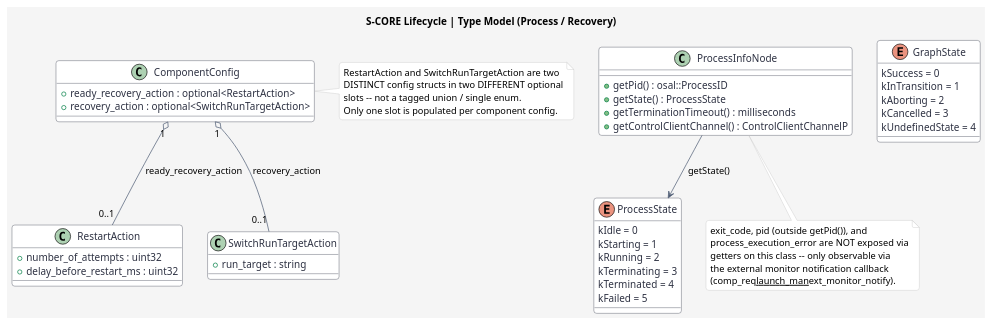
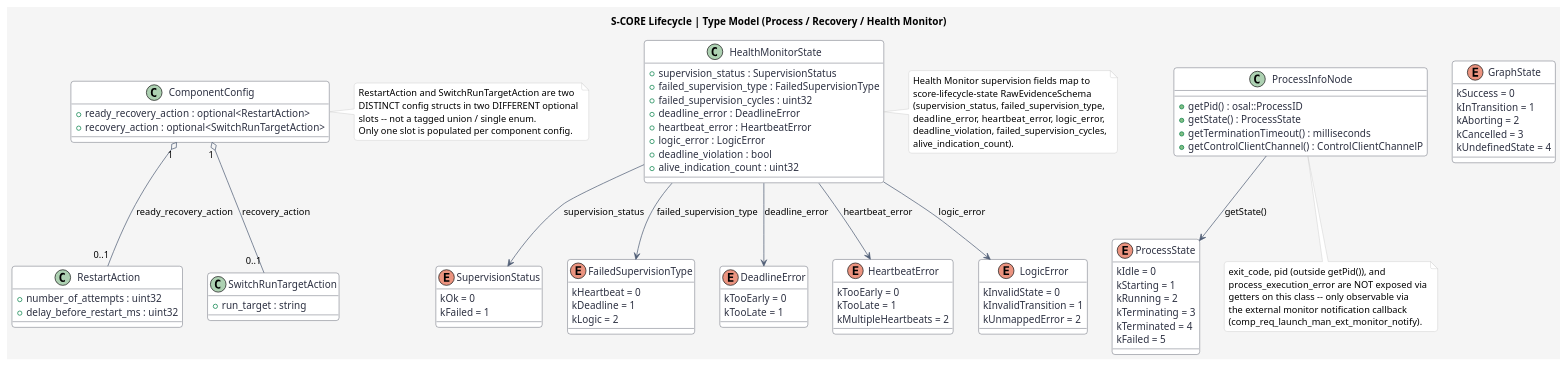
The diagram in docs/features/diagrams/lifecycle/Lifecycle_type_model.puml (akshayg0314/vel), drawn with PlantUML before and after one commit. The commit also changed 5 other files, not shown here.

First line of the commit message:
docs(diagrams): extend lifecycle diagrams with Health Monitor supervision fields

```diff
--- a/docs/features/diagrams/lifecycle/Lifecycle_type_model.puml
+++ b/docs/features/diagrams/lifecycle/Lifecycle_type_model.puml
@@ -1,70 +1,123 @@
 @startuml
-title S-CORE Lifecycle | Type Model (Process / Recovery)
+title S-CORE Lifecycle | Type Model (Process / Recovery / Health Monitor)
 skinparam backgroundColor #F5F5F5
 skinparam shadowing false
 skinparam roundCorner 8
 skinparam ArrowColor #4F5D75
 skinparam classBorderColor #2D3142
 skinparam classBackgroundColor #FFFFFF
 skinparam classFontColor #2D3142
 skinparam classAttributeFontColor #2D3142
 skinparam noteBackgroundColor #FFFFFF
 skinparam noteBorderColor #BFC0C0
 
 enum ProcessState {
   kIdle = 0
   kStarting = 1
   kRunning = 2
   kTerminating = 3
   kTerminated = 4
   kFailed = 5
 }
 
 enum GraphState {
   kSuccess = 0
   kInTransition = 1
   kAborting = 2
   kCancelled = 3
   kUndefinedState = 4
 }
 
+enum SupervisionStatus {
+  kOk = 0
+  kFailed = 1
+}
+
+enum FailedSupervisionType {
+  kHeartbeat = 0
+  kDeadline = 1
+  kLogic = 2
+}
+
+enum DeadlineError {
+  kTooEarly = 0
+  kTooLate = 1
+}
+
+enum HeartbeatError {
+  kTooEarly = 0
+  kTooLate = 1
+  kMultipleHeartbeats = 2
+}
+
+enum LogicError {
+  kInvalidState = 0
+  kInvalidTransition = 1
+  kUnmappedError = 2
+}
+
+class HealthMonitorState {
+  +supervision_status : SupervisionStatus
+  +failed_supervision_type : FailedSupervisionType
+  +failed_supervision_cycles : uint32
+  +deadline_error : DeadlineError
+  +heartbeat_error : HeartbeatError
+  +logic_error : LogicError
+  +deadline_violation : bool
+  +alive_indication_count : uint32
+}
+
 class ProcessInfoNode {
   +getPid() : osal::ProcessID
   +getState() : ProcessState
   +getTerminationTimeout() : milliseconds
   +getControlClientChannel() : ControlClientChannelP
 }
 
 class RestartAction {
   +number_of_attempts : uint32
   +delay_before_restart_ms : uint32
 }
 
 class SwitchRunTargetAction {
   +run_target : string
 }
 
 class ComponentConfig {
   +ready_recovery_action : optional<RestartAction>
   +recovery_action : optional<SwitchRunTargetAction>
 }
 
 ProcessInfoNode --> ProcessState : getState()
+HealthMonitorState --> SupervisionStatus : supervision_status
+HealthMonitorState --> FailedSupervisionType : failed_supervision_type
+HealthMonitorState --> DeadlineError : deadline_error
+HealthMonitorState --> HeartbeatError : heartbeat_error
+HealthMonitorState --> LogicError : logic_error
 ComponentConfig "1" o-- "0..1" RestartAction : ready_recovery_action
 ComponentConfig "1" o-- "0..1" SwitchRunTargetAction : recovery_action
 
 note right of ComponentConfig
 RestartAction and SwitchRunTargetAction are two
 DISTINCT config structs in two DIFFERENT optional
 slots -- not a tagged union / single enum.
 Only one slot is populated per component config.
 end note
 
 note bottom of ProcessInfoNode
 exit_code, pid (outside getPid()), and
 process_execution_error are NOT exposed via
 getters on this class -- only observable via
 the external monitor notification callback
-(comp_req__launch_man__ext_monitor_notify).
+(comp_req_launch_man_ext_monitor_notify).
+end note
+
+note right of HealthMonitorState
+Health Monitor supervision fields map to
+score-lifecycle-state RawEvidenceSchema
+(supervision_status, failed_supervision_type,
+deadline_error, heartbeat_error, logic_error,
+deadline_violation, failed_supervision_cycles,
+alive_indication_count).
 end note
 @enduml
```
